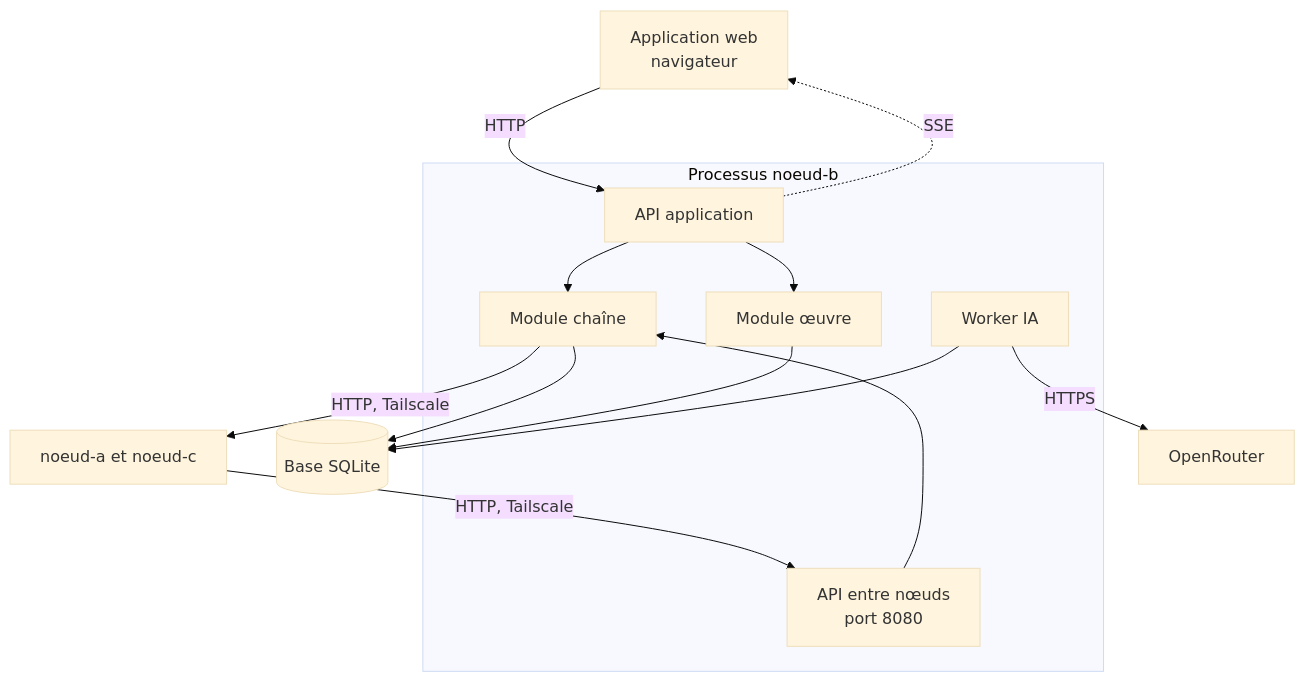
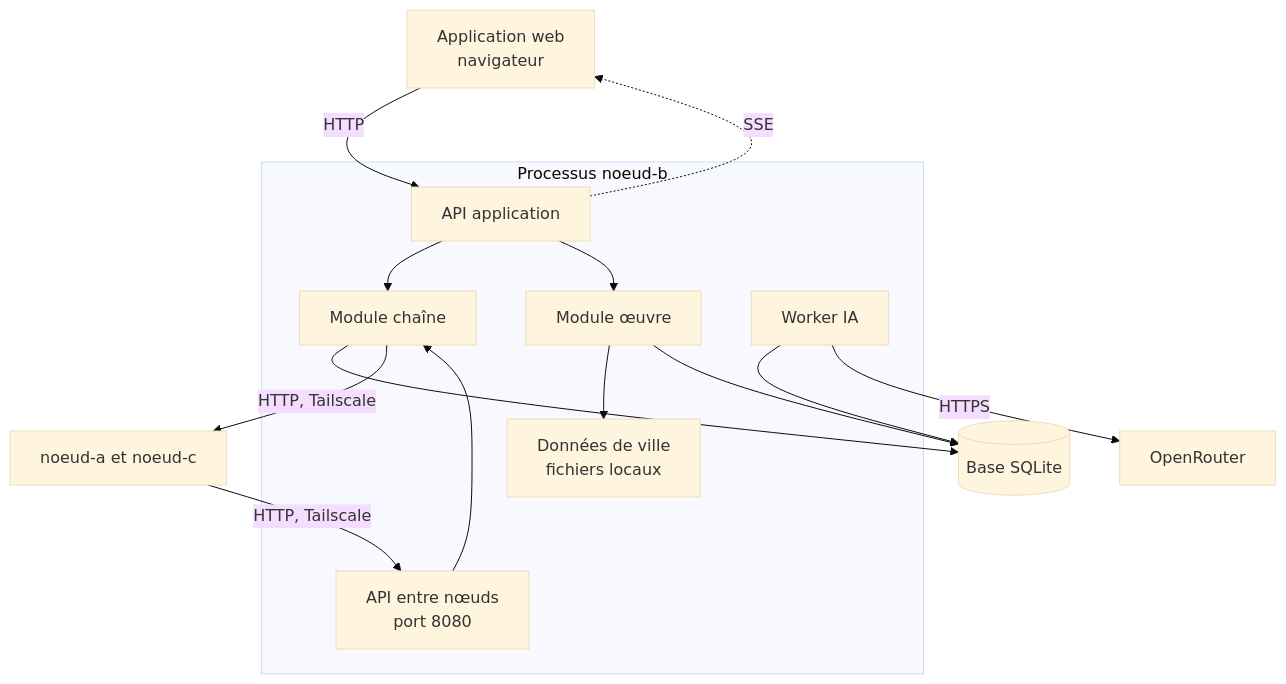
One commit to MaxX-J/SAE-une-chaine-trois-regards changed the diagram in docs/dossier-binome/README.md. Above: the diagram before and after it, drawn with Mermaid (base theme). The commit also changed other lines of this file and 5 other files, not shown here.

````diff
--- a/docs/dossier-binome/README.md
+++ b/docs/dossier-binome/README.md
@@ -34,17 +34,18 @@
 ```mermaid
 flowchart TB
     V[Application web<br/>navigateur] -->|HTTP| A
     A -.->|SSE| V
     subgraph P[Processus noeud-b]
         A[API application] --> C[Module chaîne]
         A --> O[Module œuvre]
         N[API entre nœuds<br/>port 8080] --> C
         W[Worker IA]
+        O --> M[Données de ville<br/>fichiers locaux]
     end
     C --> B[(Base SQLite)]
     O --> B
     W --> B
     C -->|HTTP, Tailscale| X[noeud-a et noeud-c]
     X -->|HTTP, Tailscale| N
     W -->|HTTPS| R[OpenRouter]
 ```
````
